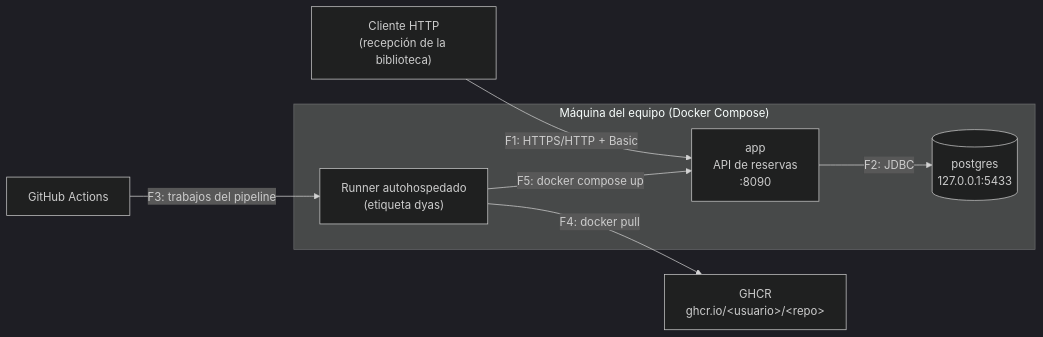
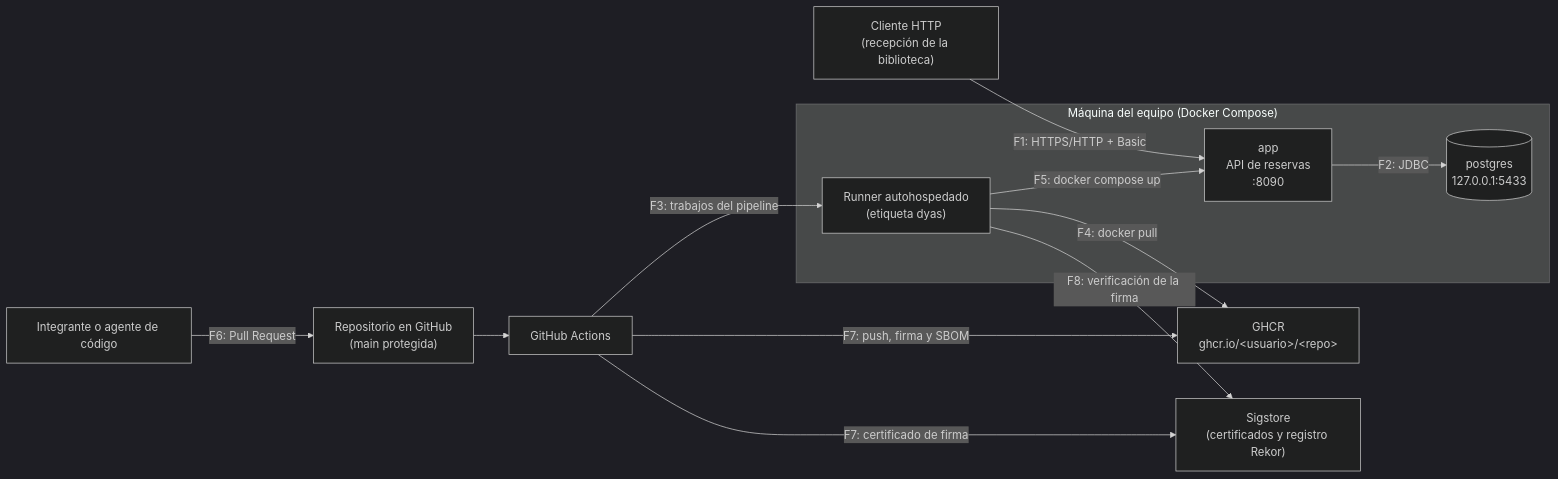
The diagram in docs/seguridad.md (Carvaa-7/DYAS-DevSecOps), drawn with Mermaid (dark theme) before and after one commit. The commit also changed other lines of this file and 12 other files, not shown here.

````diff
--- a/docs/seguridad.md
+++ b/docs/seguridad.md
@@ -7,17 +7,25 @@
 ```mermaid
 flowchart LR
     cliente["Cliente HTTP<br/>(recepción de la biblioteca)"]
     subgraph servidor["Máquina del equipo (Docker Compose)"]
         app["app<br/>API de reservas<br/>:8090"]
         db[("postgres<br/>127.0.0.1:5433")]
         runner["Runner autohospedado<br/>(etiqueta dyas)"]
     end
+    dev["Integrante o agente de código"]
+    repo["Repositorio en GitHub<br/>(main protegida)"]
     gh["GitHub Actions"]
     ghcr["GHCR<br/>ghcr.io/&lt;usuario&gt;/&lt;repo&gt;"]
+    sigstore["Sigstore<br/>(certificados y registro Rekor)"]
 
     cliente -- "F1: HTTPS/HTTP + Basic" --> app
     app -- "F2: JDBC" --> db
     gh -- "F3: trabajos del pipeline" --> runner
     runner -- "F4: docker pull" --> ghcr
     runner -- "F5: docker compose up" --> app
+    dev -- "F6: Pull Request" --> repo
+    repo --> gh
+    gh -- "F7: push, firma y SBOM" --> ghcr
+    gh -- "F7: certificado de firma" --> sigstore
+    runner -- "F8: verificación de la firma" --> sigstore
 ```
````
